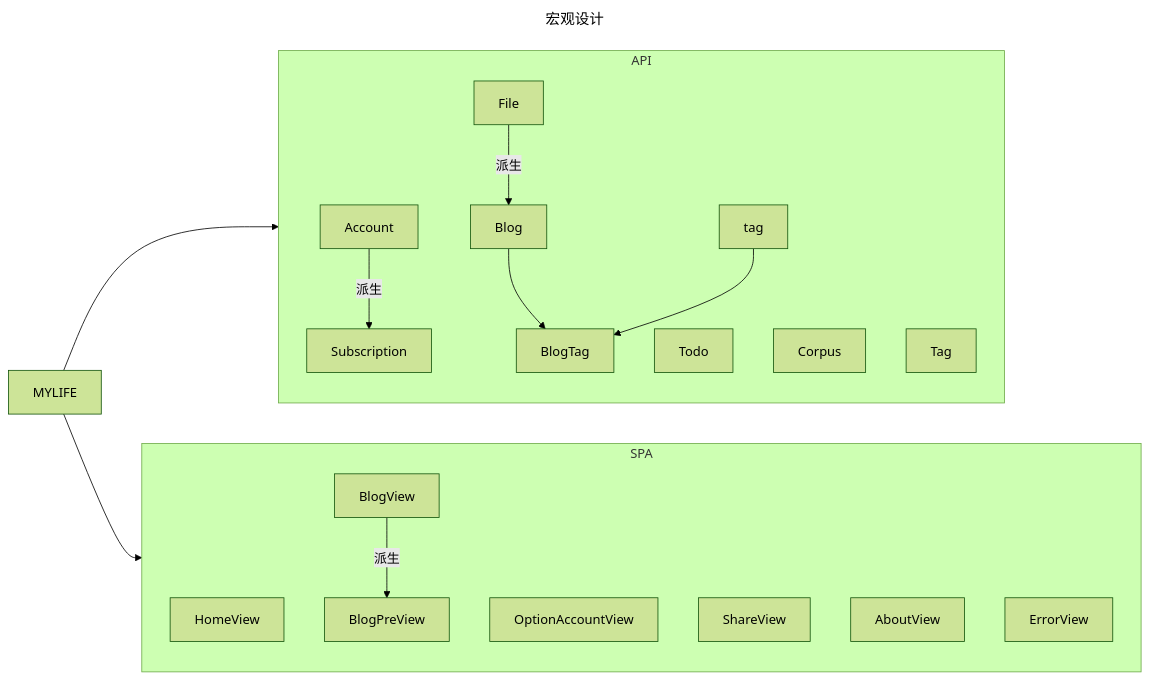
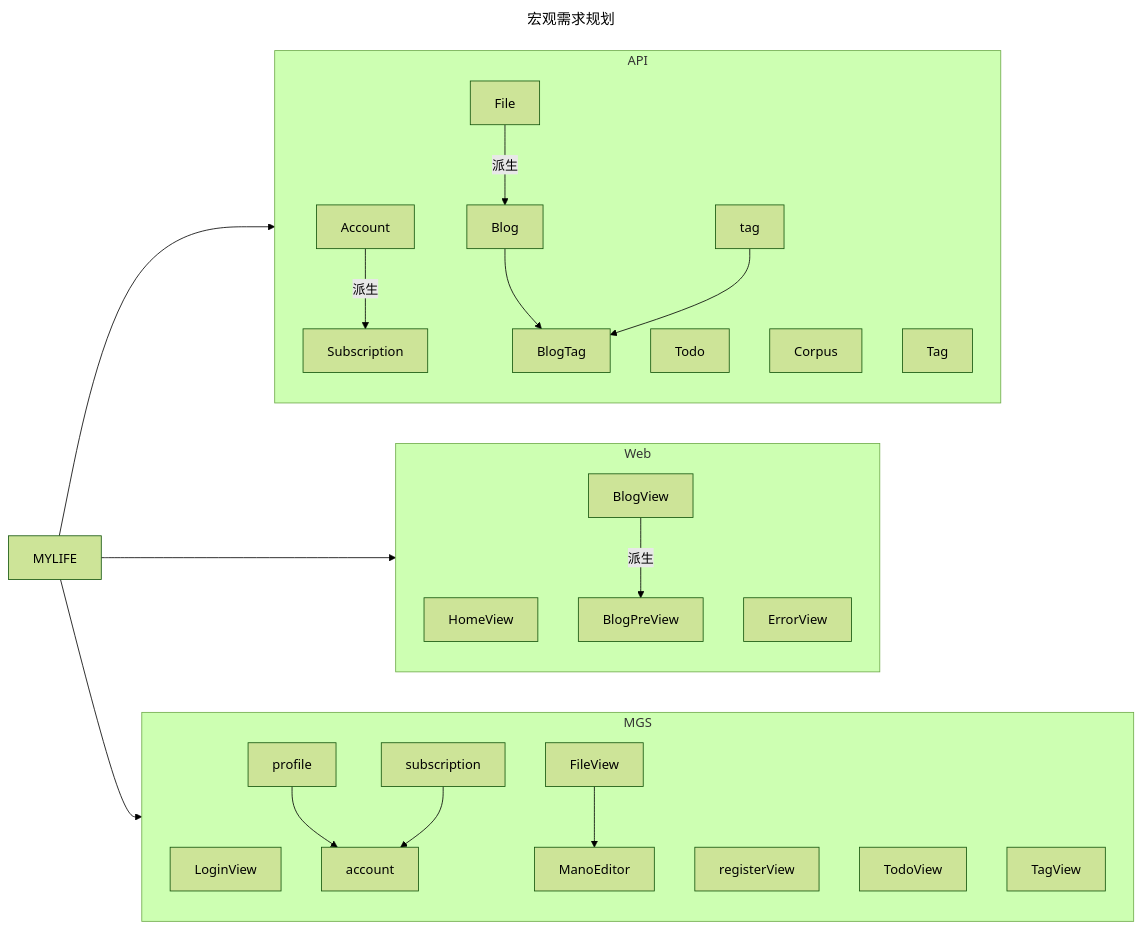
Before and after one commit to AQLIFE/AqLife: the first of 2 diagrams in README.md, drawn with Mermaid (forest theme). The commit also changed other lines of this file, not shown here.

````diff
--- a/README.md
+++ b/README.md
@@ -3,24 +3,30 @@
 ```mermaid
 ---
-title: 宏观设计
+title: 宏观需求规划
 ---
 graph LR
-  MYLIFE --> API & SPA
+  MYLIFE --> API & Web & MGS
   subgraph API
     File--派生-->Blog
     Account--派生-->Subscription
     Todo
     Corpus
     Tag
     Blog & tag -->BlogTag
   end
 
-  subgraph SPA
+  subgraph Web
     HomeView
-    OptionAccountView
     BlogView--派生-->BlogPreView
-    ShareView
-    AboutView
     ErrorView
   end
+
+  subgraph MGS
+    LoginView
+    registerView
+    profile & subscription --> account  
+    FileView --> ManoEditor
+    TodoView
+    TagView
+  end
 ```
````
